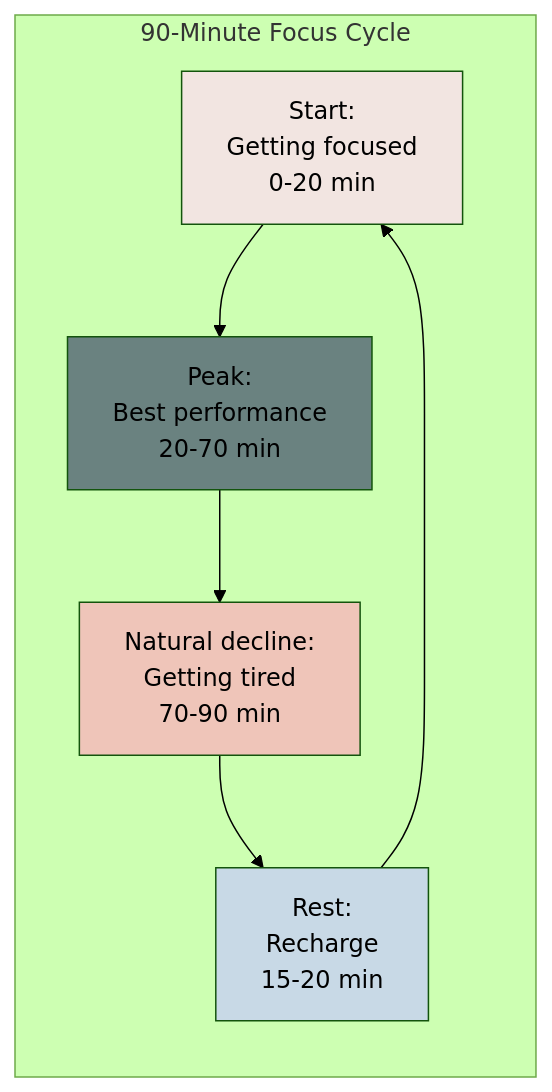
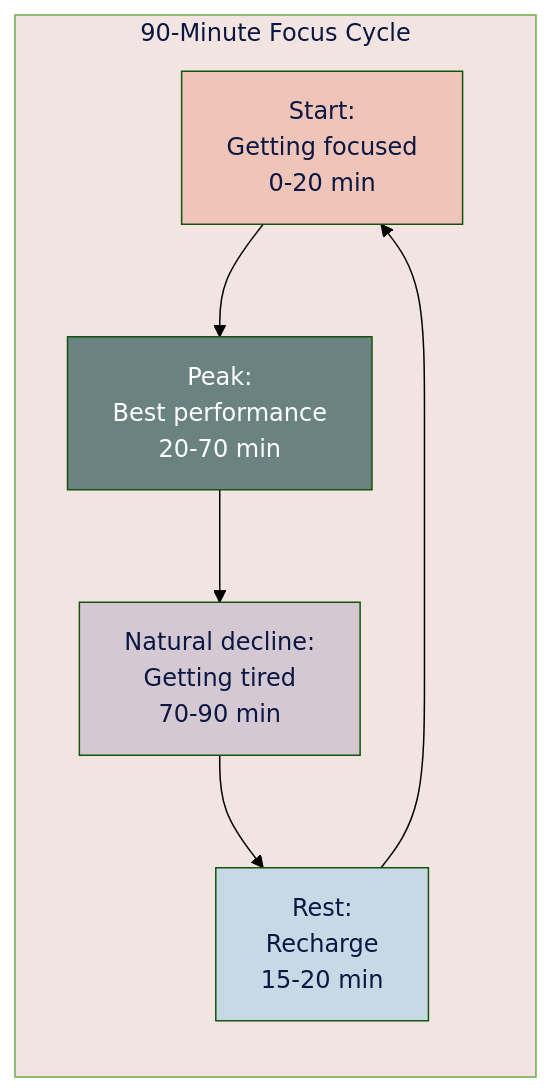
One commit to ninabrenes/ai-for-normal-people changed the second of 5 diagrams in how-to-learn-anything.md. Above: the diagram before and after it, drawn with Mermaid (forest theme). The commit also changed other lines of this file, not shown here.

````diff
--- a/how-to-learn-anything.md
+++ b/how-to-learn-anything.md
@@ -72,14 +82,15 @@
 ```mermaid
 graph LR
     subgraph Cycle[90-Minute Focus Cycle]
         Start[Start:<br/>Getting focused<br/>0-20 min] --> Peak[Peak:<br/>Best performance<br/>20-70 min]
         Peak --> Decline[Natural decline:<br/>Getting tired<br/>70-90 min]
         Decline --> Rest[Rest:<br/>Recharge<br/>15-20 min]
         Rest --> Start
     end
     
-    style Start fill:#f2e5e1
-    style Peak fill:#6a8280
-    style Decline fill:#efc5b9
-    style Rest fill:#c8d9e6
+    style Start fill:#efc5b9,color:#0b1643
+    style Peak fill:#6a8280,color:#ffffff
+    style Decline fill:#d4c9d2,color:#0b1643
+    style Rest fill:#c8d9e6,color:#0b1643
+    style Cycle fill:#f2e5e1,color:#0b1643
 ```
````
